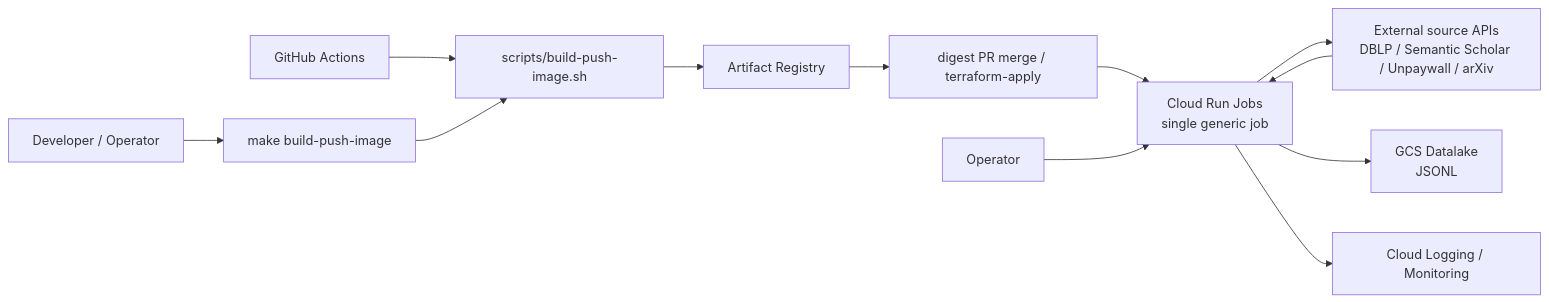
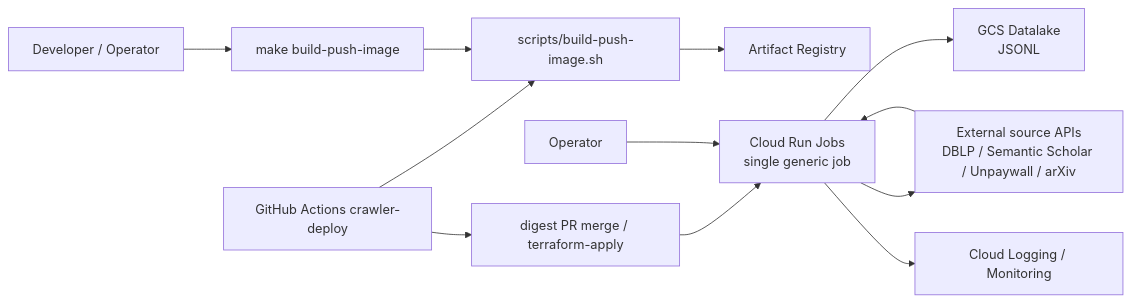
One commit to haru-256/devgist changed the second of 2 diagrams in workflows/crawler/README.md. Above: the diagram before and after it, drawn with Mermaid. The commit also changed other lines of this file, not shown here.

First line of the commit message:
docs(crawler): keep local make off the digest PR path

````diff
--- a/workflows/crawler/README.md
+++ b/workflows/crawler/README.md
@@ -80,14 +80,14 @@
 ```mermaid
 graph LR
-    GHA[GitHub Actions] --> Script[scripts/build-push-image.sh]
+    GHA[GitHub Actions crawler-deploy] --> Script[scripts/build-push-image.sh]
+    GHA --> DigestPR[digest PR merge / terraform-apply]
     Dev[Developer / Operator] --> Make[make build-push-image]
     Make --> Script
     Script --> AR[Artifact Registry]
-    AR --> DigestPR[digest PR merge / terraform-apply]
     DigestPR --> CRJ[Cloud Run Jobs<br/>single generic job]
     Operator[Operator] --> CRJ
     CRJ --> APIs[External source APIs<br/>DBLP / Semantic Scholar / Unpaywall / arXiv]
     APIs --> CRJ
     CRJ --> GCS[GCS Datalake<br/>JSONL]
     CRJ --> Logs[Cloud Logging / Monitoring]
 ```
````
